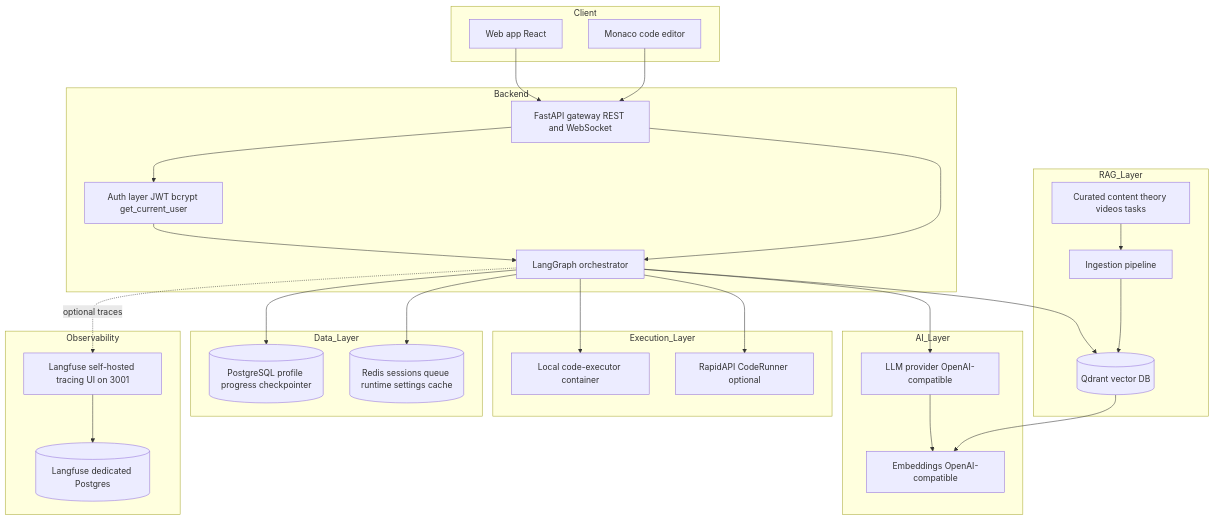
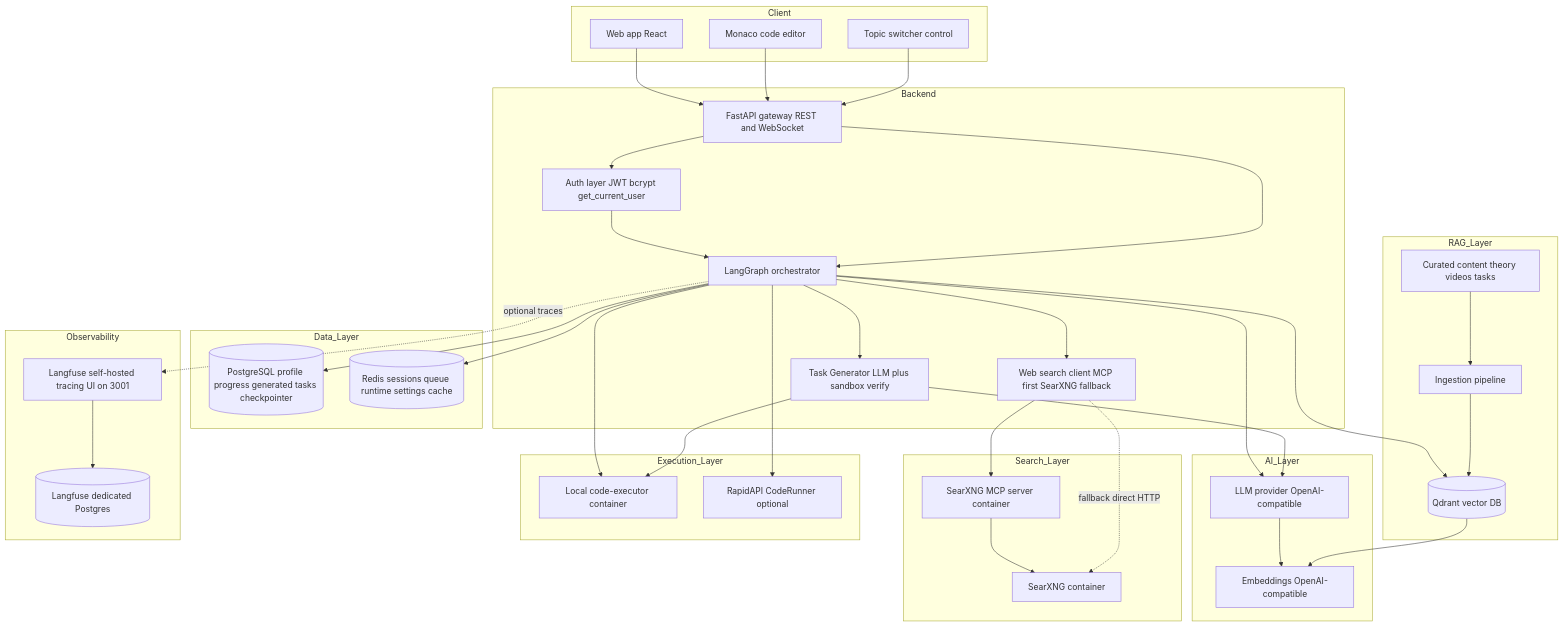
One commit to dmitrygashnikov/demo_ai_agent changed the first of 5 diagrams in README.md. Above: the diagram before and after it, drawn with Mermaid. The commit also changed other lines of this file and 35 other files, not shown here.

````diff
--- a/README.md
+++ b/README.md
@@ -29,57 +32,73 @@
 ```mermaid
 graph TD
     subgraph Client
         WEB[Web app React]
         EDITOR[Monaco code editor]
+        TOPICUI[Topic switcher control]
     end
 
     subgraph Backend
         API[FastAPI gateway REST and WebSocket]
         AUTH[Auth layer JWT bcrypt get_current_user]
         ORCH[LangGraph orchestrator]
+        GEN[Task Generator LLM plus sandbox verify]
+        SEARCHCLIENT[Web search client MCP first SearXNG fallback]
     end
 
     subgraph AI_Layer
         LLM[LLM provider OpenAI-compatible]
         EMB[Embeddings OpenAI-compatible]
+    end
+
+    subgraph Search_Layer
+        MCP[SearXNG MCP server container]
+        SEARX[SearXNG container]
     end
 
     subgraph RAG_Layer
         VDB[(Qdrant vector DB)]
         INGEST[Ingestion pipeline]
         CONTENT[Curated content theory videos tasks]
     end
 
     subgraph Execution_Layer
         LOCAL[Local code-executor container]
         RAPID[RapidAPI CodeRunner optional]
     end
 
     subgraph Data_Layer
-        PG[(PostgreSQL profile progress checkpointer)]
+        PG[(PostgreSQL profile progress generated tasks checkpointer)]
         CACHE[(Redis sessions queue runtime settings cache)]
     end
 
     subgraph Observability
         LF[Langfuse self-hosted tracing UI on 3001]
         LFDB[(Langfuse dedicated Postgres)]
     end
 
     WEB --> API
     EDITOR --> API
+    TOPICUI --> API
     API --> AUTH
     AUTH --> ORCH
     API --> ORCH
     ORCH --> LLM
     ORCH --> VDB
     ORCH --> LOCAL
     ORCH --> RAPID
+    ORCH --> GEN
+    ORCH --> SEARCHCLIENT
+    GEN --> LLM
+    GEN --> LOCAL
+    SEARCHCLIENT --> MCP
+    MCP --> SEARX
+    SEARCHCLIENT -.fallback direct HTTP.-> SEARX
     LLM --> EMB
     VDB --> EMB
     INGEST --> VDB
     CONTENT --> INGEST
     ORCH --> PG
     ORCH --> CACHE
     ORCH -.optional traces.-> LF
     LF --> LFDB
 ```
````
